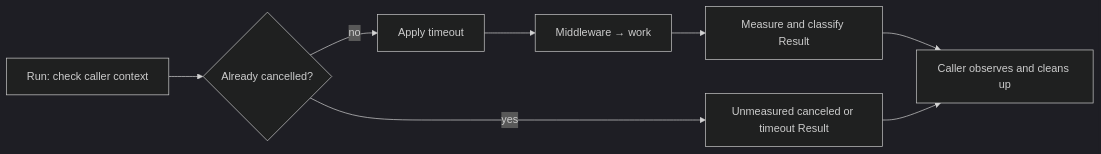
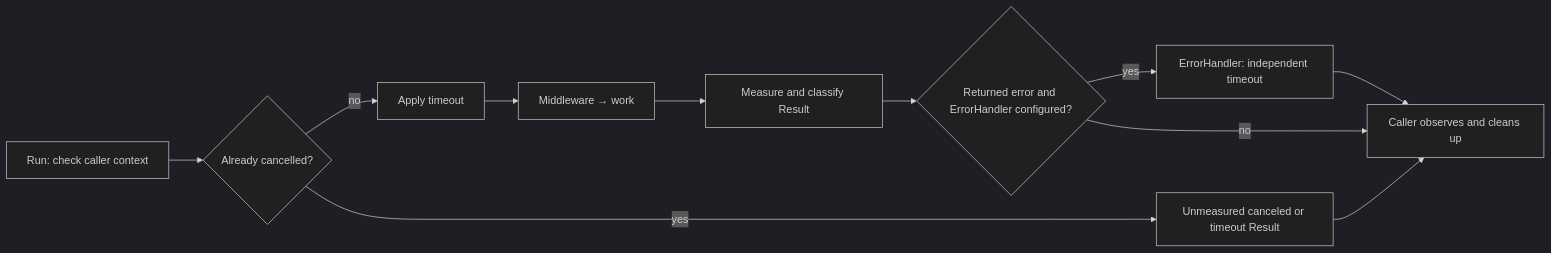
One commit to uchaloop/job changed the diagram in README.md. Above: the diagram before and after it, drawn with Mermaid (dark theme). The commit also changed other lines of this file and 8 other files, not shown here.

Commit message:
release/0.2.0: add ErrorHandler

````diff
--- a/README.md
+++ b/README.md
@@ -59,10 +59,13 @@
 ```mermaid
 flowchart LR
     A["Run: check caller context"] --> B{"Already cancelled?"}
     B -->|yes| C["Unmeasured canceled or timeout Result"]
     B -->|no| D["Apply timeout"]
     D --> E["Middleware → work"]
     E --> F["Measure and classify Result"]
-    F --> G["Caller observes and cleans up"]
+    F --> H{"Returned error and ErrorHandler configured?"}
+    H -->|yes| I["ErrorHandler: independent timeout"]
+    I --> G["Caller observes and cleans up"]
+    H -->|no| G
     C --> G
 ```
````
